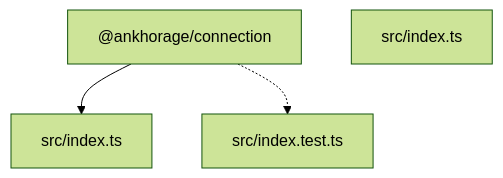
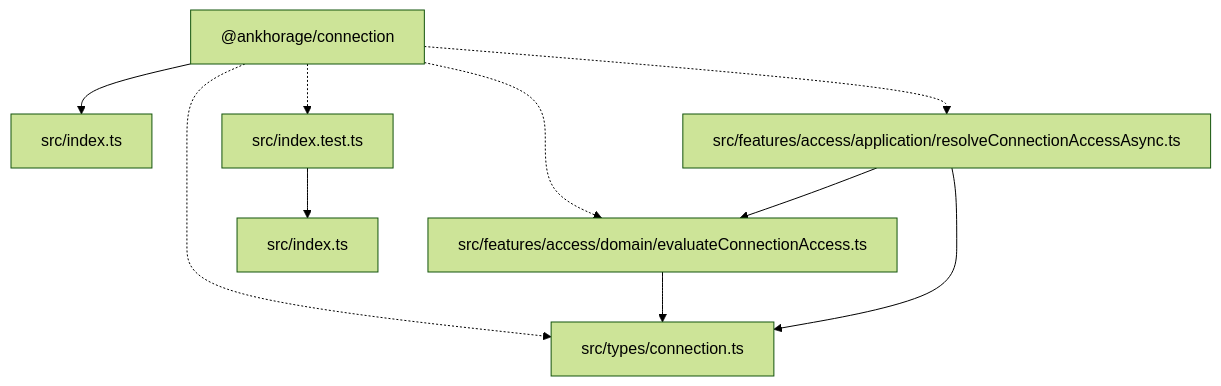
Before and after one commit to ankhorage/connection: the diagram in docs/diagrams/architecture-overview.mmd, drawn with Mermaid (forest theme). The commit also changed 13 other files, not shown here.

```diff
--- a/docs/diagrams/architecture-overview.mmd
+++ b/docs/diagrams/architecture-overview.mmd
@@ -1,7 +1,17 @@
 graph TD
   package__ankhorage_connection["@ankhorage/connection"]
   entrypoint_src_index_ts["src/index.ts"]
   package__ankhorage_connection --> entrypoint_src_index_ts
+  module_src_features_access_application_resolveConnectionAccessAsync_ts["src/features/access/application/resolveConnectionAccessAsync.ts"]
+  package__ankhorage_connection -.-> module_src_features_access_application_resolveConnectionAccessAsync_ts
+  module_src_features_access_application_resolveConnectionAccessAsync_ts --> module_src_features_access_domain_evaluateConnectionAccess_ts
+  module_src_features_access_application_resolveConnectionAccessAsync_ts --> module_src_types_connection_ts
+  module_src_features_access_domain_evaluateConnectionAccess_ts["src/features/access/domain/evaluateConnectionAccess.ts"]
+  package__ankhorage_connection -.-> module_src_features_access_domain_evaluateConnectionAccess_ts
+  module_src_features_access_domain_evaluateConnectionAccess_ts --> module_src_types_connection_ts
   module_src_index_test_ts["src/index.test.ts"]
   package__ankhorage_connection -.-> module_src_index_test_ts
+  module_src_index_test_ts --> module_src_index_ts
   module_src_index_ts["src/index.ts"]
+  module_src_types_connection_ts["src/types/connection.ts"]
+  package__ankhorage_connection -.-> module_src_types_connection_ts
```
